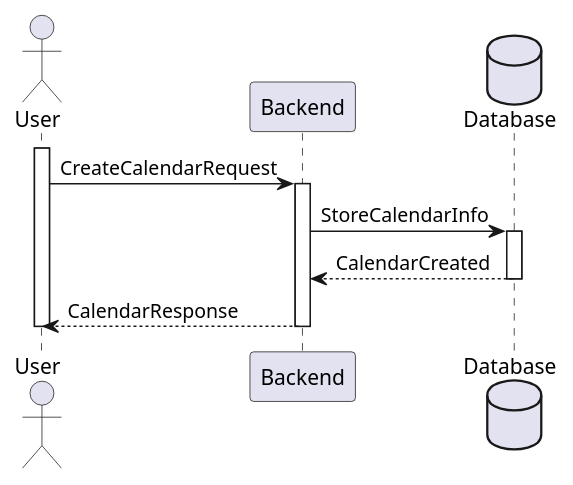
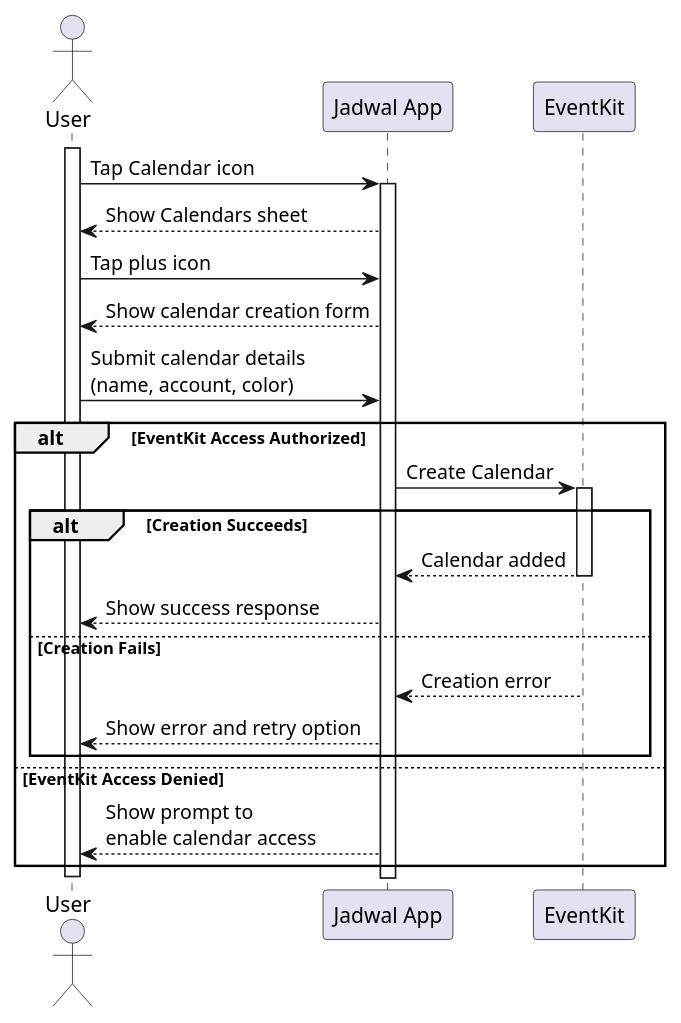
The sixth of 14 diagrams in docs/diagrams/sequence-diagrams/all-sequence-diagrams.puml (jadwalapp/symmetrical-spoon), drawn with PlantUML before and after one commit. The commit also changed other lines of this file and 20 other files, not shown here.

```diff
--- a/docs/diagrams/sequence-diagrams/all-sequence-diagrams.puml
+++ b/docs/diagrams/sequence-diagrams/all-sequence-diagrams.puml
@@ -139,16 +159,30 @@
 @startuml Create Calendar
 actor User
-participant Backend
-database Database
+participant "Jadwal App" as App
+participant "EventKit" as EventKit
 
 activate User
 
-User -> Backend ++ : CreateCalendarRequest
+User -> App ++ : Tap Calendar icon
+App --> User : Show Calendars sheet
 
-Backend -> Database ++ : StoreCalendarInfo
-Database --> Backend -- : CalendarCreated
+User -> App : Tap plus icon
+App --> User : Show calendar creation form
 
-Backend --> User -- : CalendarResponse
+User -> App : Submit calendar details\n(name, account, color)
+
+alt EventKit Access Authorized
+    App -> EventKit ++ : Create Calendar
+    alt Creation Succeeds
+        EventKit --> App -- : Calendar added
+        App --> User : Show success response
+    else Creation Fails
+        EventKit --> App -- : Creation error
+        App --> User : Show error and retry option
+    end
+else EventKit Access Denied
+    App --> User : Show prompt to\nenable calendar access
+end
 
 deactivate User
 @enduml
```
